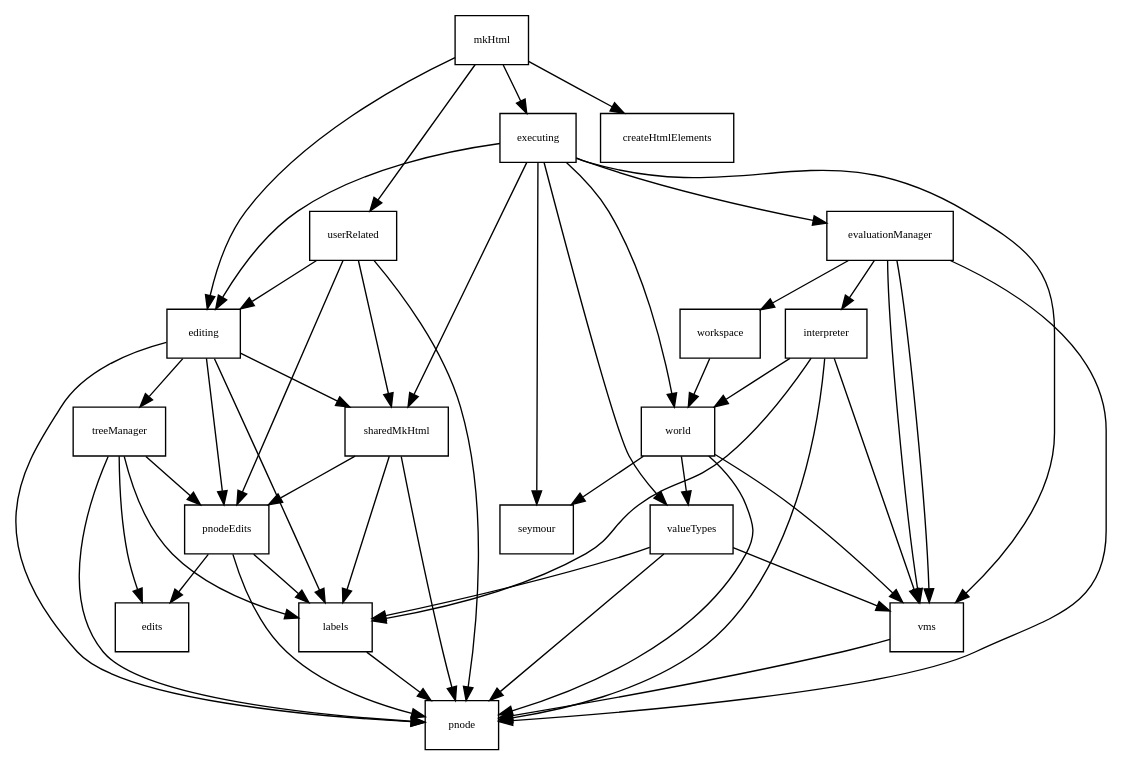
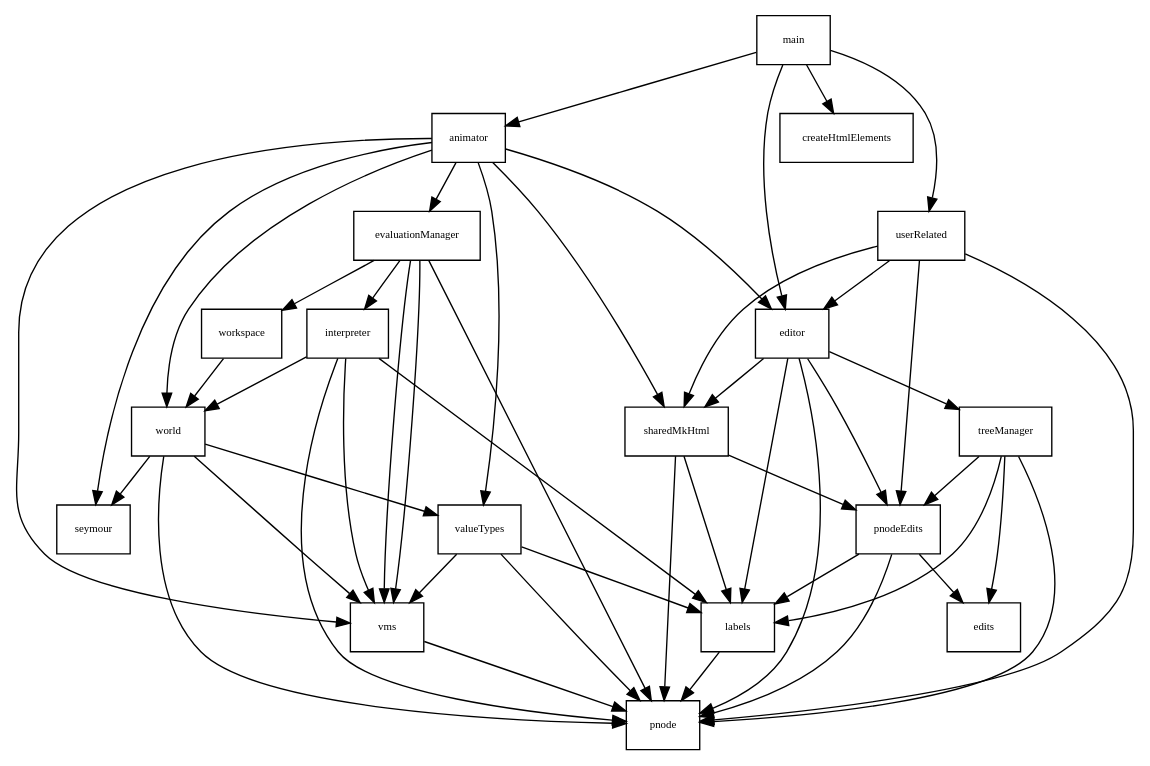
Before and after one commit to theodore-norvell/PLAAY: the diagram in typescriptSrc/dependence.gv, drawn with Graphviz. The commit also changed 7 other files, not shown here.

```diff
--- a/typescriptSrc/dependence.gv
+++ b/typescriptSrc/dependence.gv
@@ -1,71 +1,69 @@
 digraph Depends {
 
    gsize="8,6"; ratio=fill;
    node[fontsize=8, shape=rectangle];
 
-   //edits -> assert ;
-   //edits -> collections ;
 
-   editing -> labels ;
-   editing -> pnode ;
-   editing -> pnodeEdits ;
-   editing -> sharedMkHtml ;
-   editing -> treeManager ;
+   animator -> editor ;
+   animator -> evaluationManager ;
+   animator -> seymour ;
+   animator -> sharedMkHtml ;
+   animator -> valueTypes ;
+   animator -> vms ;
+   animator -> world ;
+
+   editor -> labels ;
+   editor -> pnode ;
+   editor -> pnodeEdits ;
+   editor -> sharedMkHtml ;
+   editor -> treeManager ;
 
    evaluationManager -> vms ;
    evaluationManager -> interpreter ;
    evaluationManager -> pnode ;
    evaluationManager -> workspace ;
    evaluationManager -> vms ;
-
-   executing -> editing ;
-   executing -> evaluationManager ;
-   executing -> seymour ;
-   executing -> sharedMkHtml ;
-   executing -> valueTypes ;
-   executing -> vms ;
-   executing -> world ;
 
    interpreter -> pnode ;
    interpreter -> labels ;
    interpreter -> vms ;
    interpreter -> world ;
 
    labels -> pnode ;
 
-   mkHtml -> createHtmlElements ;
-   mkHtml -> executing ;
-   mkHtml -> editing ;
-   mkHtml -> userRelated ;
+   main -> createHtmlElements ;
+   main -> animator ;
+   main -> editor ;
+   main -> userRelated ;
 
    pnodeEdits -> edits ;
    pnodeEdits -> labels ;
    pnodeEdits -> pnode ;
 
    sharedMkHtml -> labels ;
    sharedMkHtml -> pnode ;
    sharedMkHtml -> pnodeEdits ;
 
    treeManager -> edits ;
    treeManager -> labels ;
    treeManager -> pnode ;
    treeManager -> pnodeEdits ;
 
-   userRelated -> editing ;
+   userRelated -> editor ;
    userRelated -> pnodeEdits ;
    userRelated -> pnode ;
    userRelated -> sharedMkHtml ;
    
    valueTypes -> labels ;
    valueTypes -> pnode ;
    valueTypes -> vms ;
 
    vms -> pnode ;
 
    workspace -> world ;
 
    world -> pnode ;
    world -> seymour ;
    world -> valueTypes ;
    world -> vms ;
 }
```
